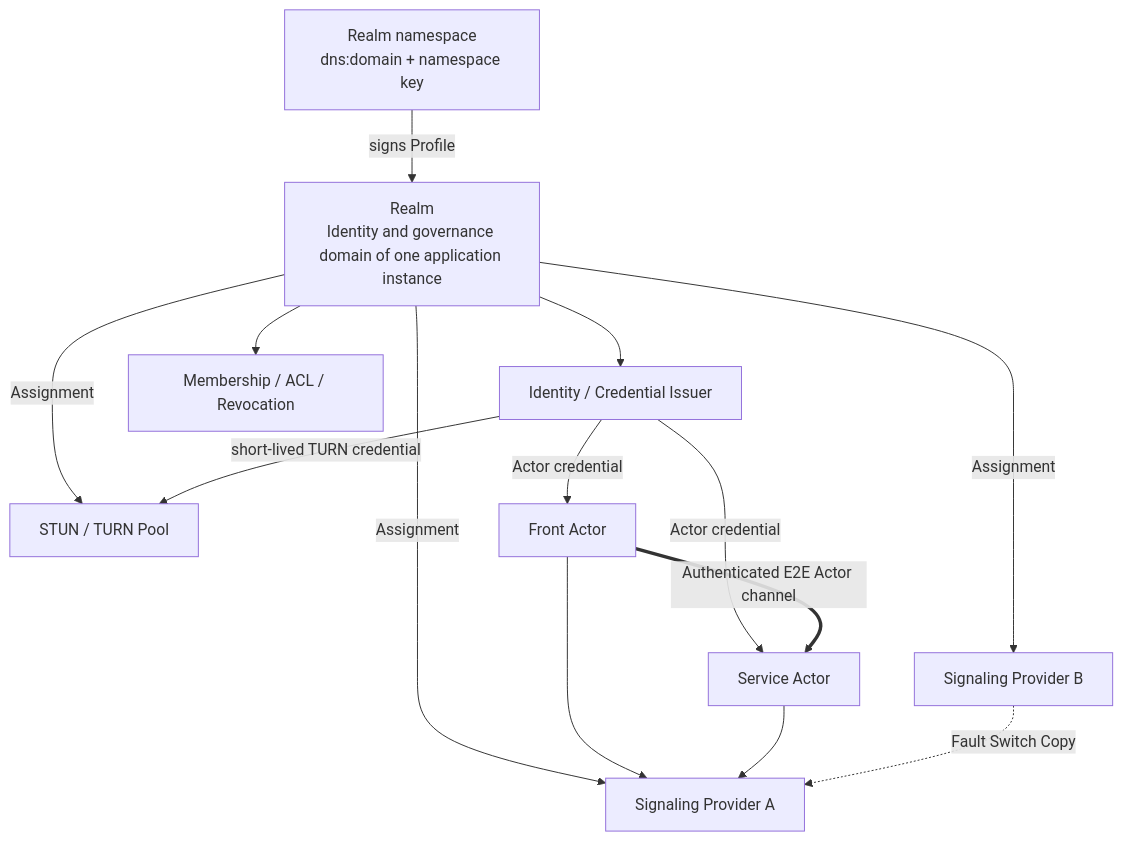
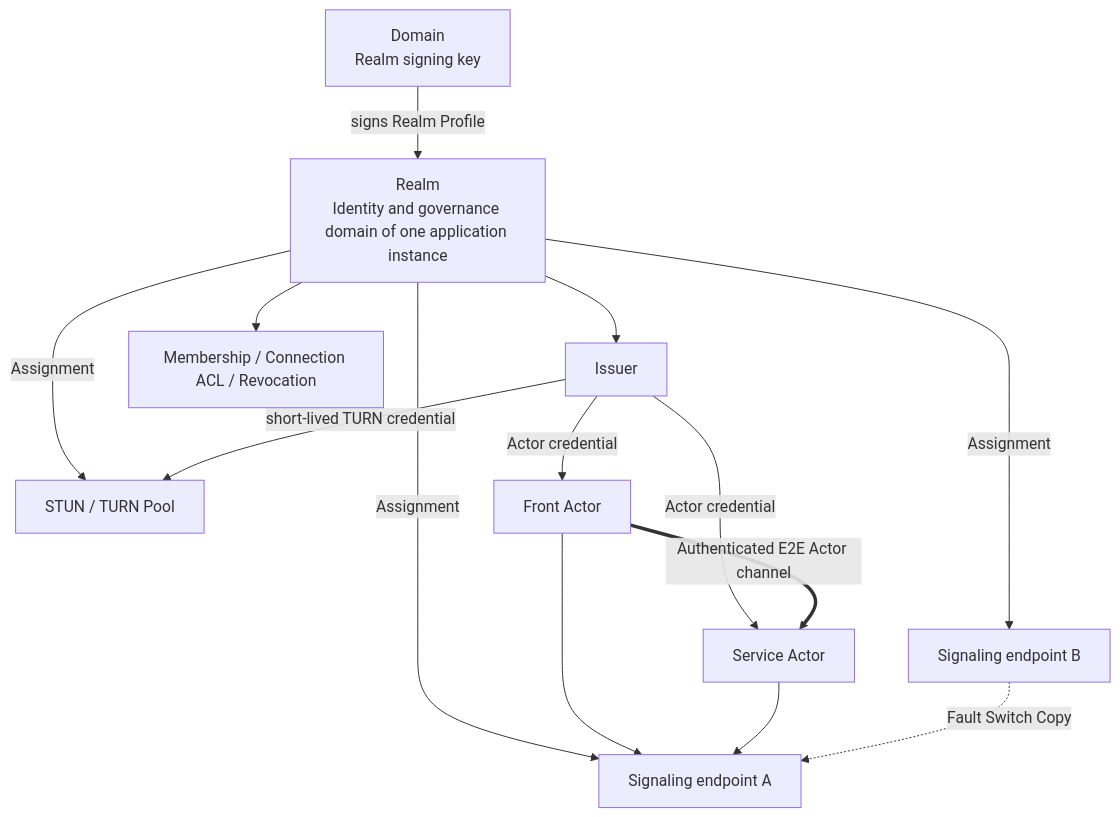
One commit to Actrium/actrium changed the diagram in docs/product/actrium-v1/07-realm-network-and-identity.md. Above: the diagram before and after it, drawn with Mermaid. The commit also changed other lines of this file and 64 other files, not shown here.

````diff
--- a/docs/product/actrium-v1/07-realm-network-and-identity.md
+++ b/docs/product/actrium-v1/07-realm-network-and-identity.md
@@ -5,26 +5,26 @@
 ```mermaid
 flowchart TB
-    NS["Realm namespace<br/>dns:domain + namespace key"]
+    NS["Domain<br/>Realm signing key"]
     R["Realm<br/>Identity and governance domain of one application instance"]
-    AIS["Identity / Credential Issuer"]
-    SG1["Signaling Provider A"]
-    SG2["Signaling Provider B"]
+    ISS["Issuer"]
+    SG1["Signaling endpoint A"]
+    SG2["Signaling endpoint B"]
     ICE["STUN / TURN Pool"]
-    ACL["Membership / ACL / Revocation"]
+    ACL["Membership / Connection ACL / Revocation"]
     F["Front Actor"]
     S["Service Actor"]
 
-    NS -->|signs Profile| R
-    R --> AIS
+    NS -->|signs Realm Profile| R
+    R --> ISS
     R --> ACL
     R -->|Assignment| SG1
     R -->|Assignment| SG2
     R -->|Assignment| ICE
-    AIS -->|Actor credential| F
-    AIS -->|Actor credential| S
-    AIS -->|short-lived TURN credential| ICE
+    ISS -->|Actor credential| F
+    ISS -->|Actor credential| S
+    ISS -->|short-lived TURN credential| ICE
     F --> SG1
     S --> SG1
     SG2 -.Fault Switch Copy.-> SG1
     F == "Authenticated E2E Actor channel" ==> S
 ```
````
